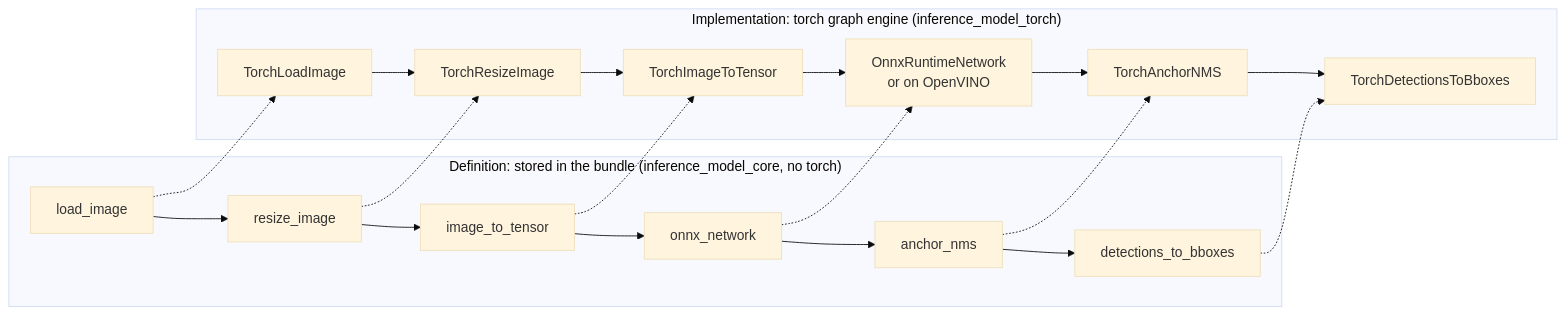
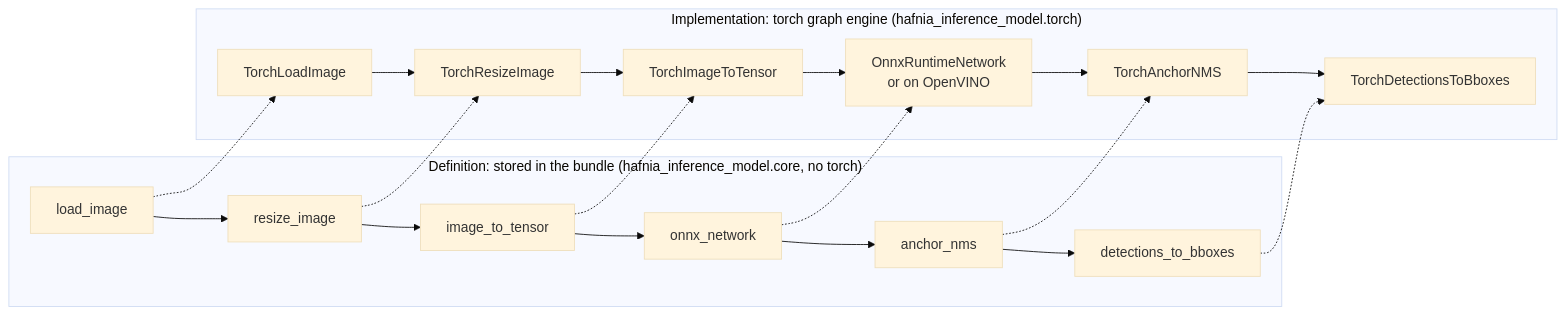
The diagram in README.md (milestone-hafnia/hafnia-inference-model), drawn with Mermaid (base theme) before and after one commit. The commit also changed other lines of this file and 118 other files, not shown here.

````diff
--- a/README.md
+++ b/README.md
@@ -18,15 +18,15 @@
 ```mermaid
 flowchart LR
-    subgraph definition["Definition: stored in the bundle (inference_model_core, no torch)"]
+    subgraph definition["Definition: stored in the bundle (hafnia_inference_model.core, no torch)"]
         d1[load_image] --> d2[resize_image] --> d3[image_to_tensor] --> d4[onnx_network] --> d5[anchor_nms] --> d6[detections_to_bboxes]
     end
-    subgraph implementation["Implementation: torch graph engine (inference_model_torch)"]
+    subgraph implementation["Implementation: torch graph engine (hafnia_inference_model.torch)"]
         i1[TorchLoadImage] --> i2[TorchResizeImage] --> i3[TorchImageToTensor] --> i4["OnnxRuntimeNetwork<br/>or on OpenVINO"] --> i5[TorchAnchorNMS] --> i6[TorchDetectionsToBboxes]
     end
     d1 -.-> i1
     d2 -.-> i2
     d3 -.-> i3
     d4 -.-> i4
     d5 -.-> i5
     d6 -.-> i6
 ```
````
